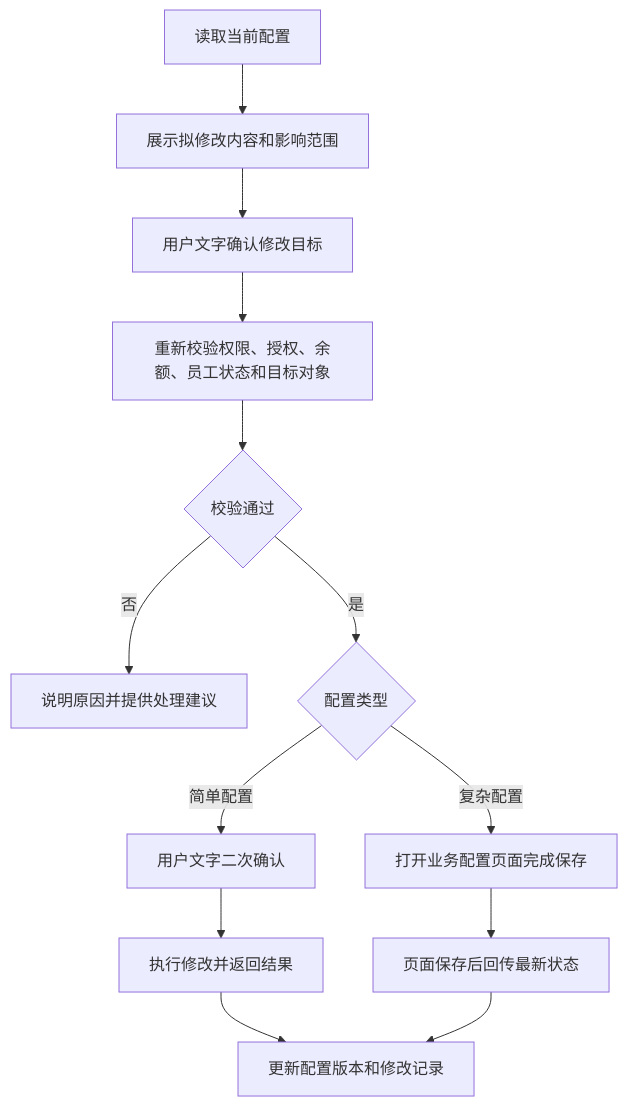
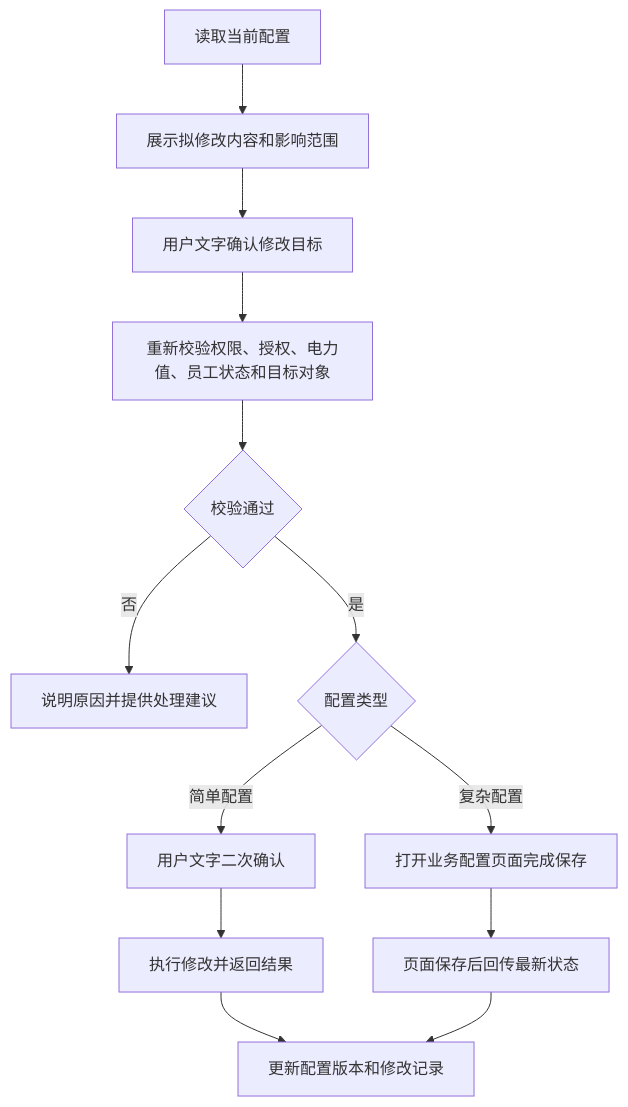
Before and after one commit to hunterandrabbits-a11y/AI-Army: the eighth of 9 diagrams in PRD-v1.1-对话逻辑设计方案.md, drawn with Mermaid. The commit also changed other lines of this file and 2 other files, not shown here.

````diff
--- a/PRD-v1.1-对话逻辑设计方案.md
+++ b/PRD-v1.1-对话逻辑设计方案.md
@@ -856,15 +866,15 @@
 ```mermaid
 flowchart TD
     A[读取当前配置] --> B[展示拟修改内容和影响范围]
     B --> C[用户文字确认修改目标]
-    C --> D[重新校验权限、授权、余额、员工状态和目标对象]
+    C --> D[重新校验权限、授权、电力值、员工状态和目标对象]
     D --> E{校验通过}
     E -->|否| F[说明原因并提供处理建议]
     E -->|是| G{配置类型}
     G -->|简单配置| H[用户文字二次确认]
     H --> I[执行修改并返回结果]
     G -->|复杂配置| J[打开业务配置页面完成保存]
     I --> K[更新配置版本和修改记录]
     J --> L[页面保存后回传最新状态]
     L --> K
 ```
````
